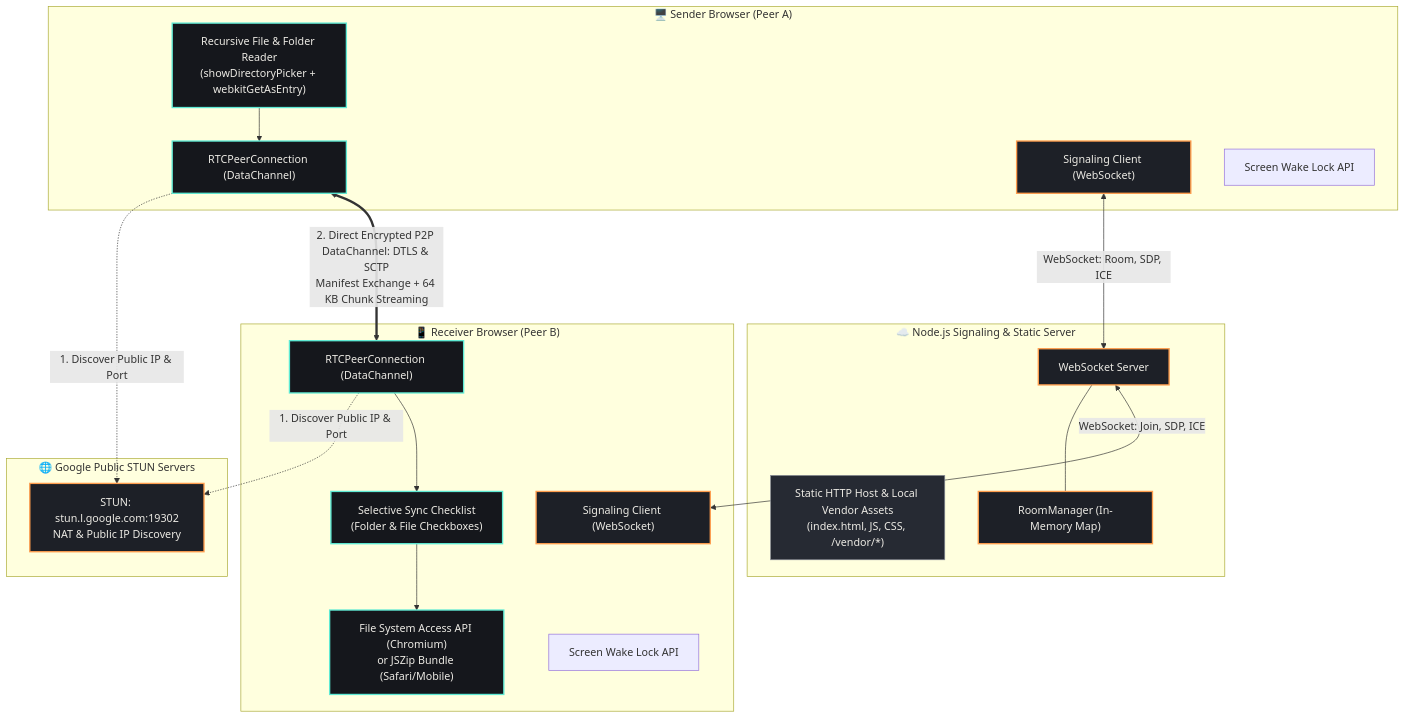
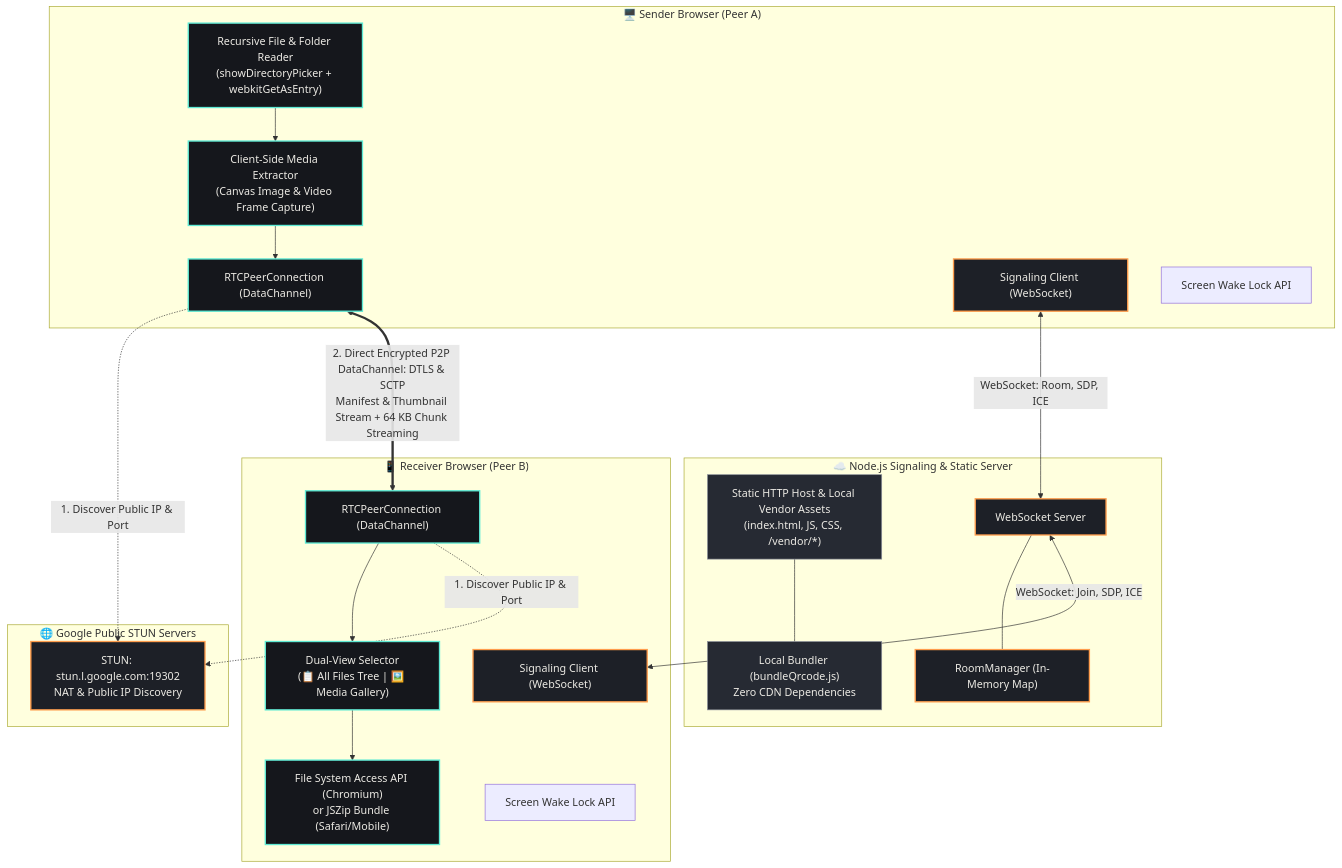
The first of 2 diagrams in README.md (Manthan29-code/webRTC_relay), drawn with Mermaid before and after one commit. The commit also changed other lines of this file and 4 other files, not shown here.

Commit message:
feat: implement WebRTC file relay application with zero-CDN dependency and media gallery

````diff
--- a/README.md
+++ b/README.md
@@ -48,52 +60,54 @@
 ```mermaid
 graph TB
     subgraph SENDER["🖥️ Sender Browser (Peer A)"]
         FileSelect["Recursive File & Folder Reader<br/>(showDirectoryPicker + webkitGetAsEntry)"]
+        MediaGen["Client-Side Media Extractor<br/>(Canvas Image & Video Frame Capture)"]
         RTC_A["RTCPeerConnection (DataChannel)"]
         Signaling_A["Signaling Client (WebSocket)"]
         WakeLock_A["Screen Wake Lock API"]
+        FileSelect --> MediaGen
+        MediaGen --> RTC_A
     end
 
     subgraph SERVER["☁️ Node.js Signaling & Static Server"]
         HTTP["Static HTTP Host & Local Vendor Assets<br/>(index.html, JS, CSS, /vendor/*)"]
         WSS["WebSocket Server"]
         RoomMgr["RoomManager (In-Memory Map)"]
+        VendorBundle["Local Bundler (bundleQrcode.js)<br/>Zero CDN Dependencies"]
         WSS --- RoomMgr
+        HTTP --- VendorBundle
     end
 
     subgraph STUN["🌐 Google Public STUN Servers"]
         StunSrv["STUN: stun.l.google.com:19302<br/>NAT & Public IP Discovery"]
     end
 
     subgraph RECEIVER["📱 Receiver Browser (Peer B)"]
         Signaling_B["Signaling Client (WebSocket)"]
         RTC_B["RTCPeerConnection (DataChannel)"]
-        FileTree["Selective Sync Checklist<br/>(Folder & File Checkboxes)"]
+        DualView["Dual-View Selector<br/>(📋 All Files Tree | 🖼️ Media Gallery)"]
         DiskWriter["File System Access API (Chromium)<br/>or JSZip Bundle (Safari/Mobile)"]
         WakeLock_B["Screen Wake Lock API"]
+        RTC_B --> DualView
+        DualView --> DiskWriter
     end
 
     %% Signaling flow
     Signaling_A <-->|WebSocket: Room, SDP, ICE| WSS
     WSS <-->|WebSocket: Join, SDP, ICE| Signaling_B
 
     %% STUN flow
     RTC_A -.->|1. Discover Public IP & Port| StunSrv
     RTC_B -.->|1. Discover Public IP & Port| StunSrv
 
     %% Direct P2P flow
-    RTC_A <==>|2. Direct Encrypted P2P DataChannel: DTLS & SCTP<br/>Manifest Exchange + 64 KB Chunk Streaming| RTC_B
-
-    %% Internal module links
-    FileSelect --> RTC_A
-    RTC_B --> FileTree
-    FileTree --> DiskWriter
+    RTC_A <==>|2. Direct Encrypted P2P DataChannel: DTLS & SCTP<br/>Manifest & Thumbnail Stream + 64 KB Chunk Streaming| RTC_B
 
     classDef control fill:#1d2027,stroke:#ff9d4d,stroke-width:2px,color:#eceae4;
     classDef data fill:#15171c,stroke:#5eead4,stroke-width:2px,color:#eceae4;
     classDef server fill:#262a33,stroke:#8b8f99,stroke-width:1px,color:#eceae4;
 
     class Signaling_A,Signaling_B,WSS,RoomMgr,StunSrv control;
-    class FileSelect,RTC_A,RTC_B,DiskWriter,FileTree data;
-    class HTTP server;
+    class FileSelect,MediaGen,RTC_A,RTC_B,DiskWriter,DualView data;
+    class HTTP,VendorBundle server;
 ```
````
